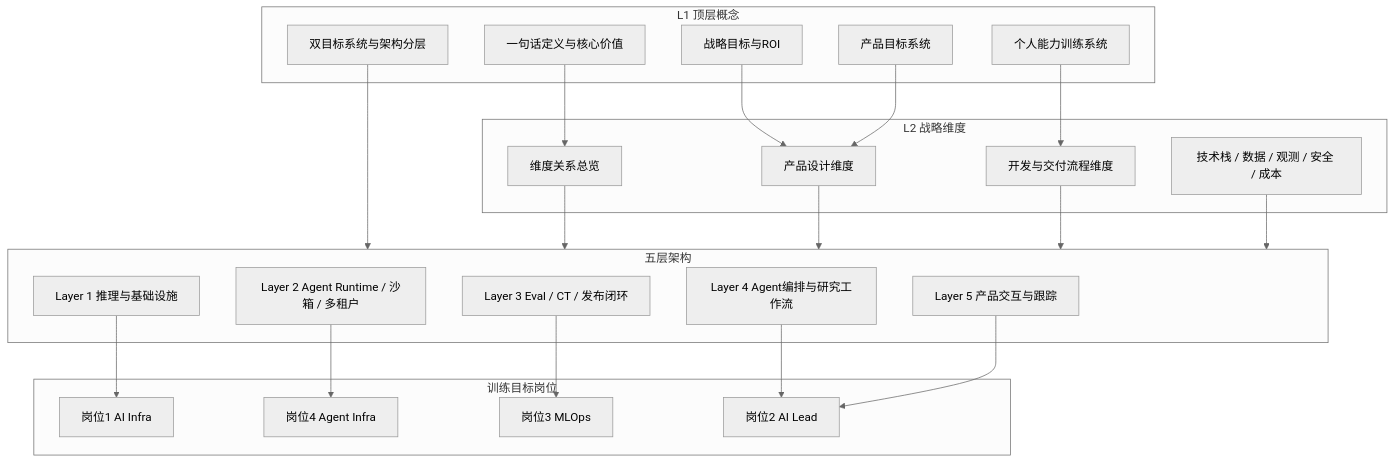
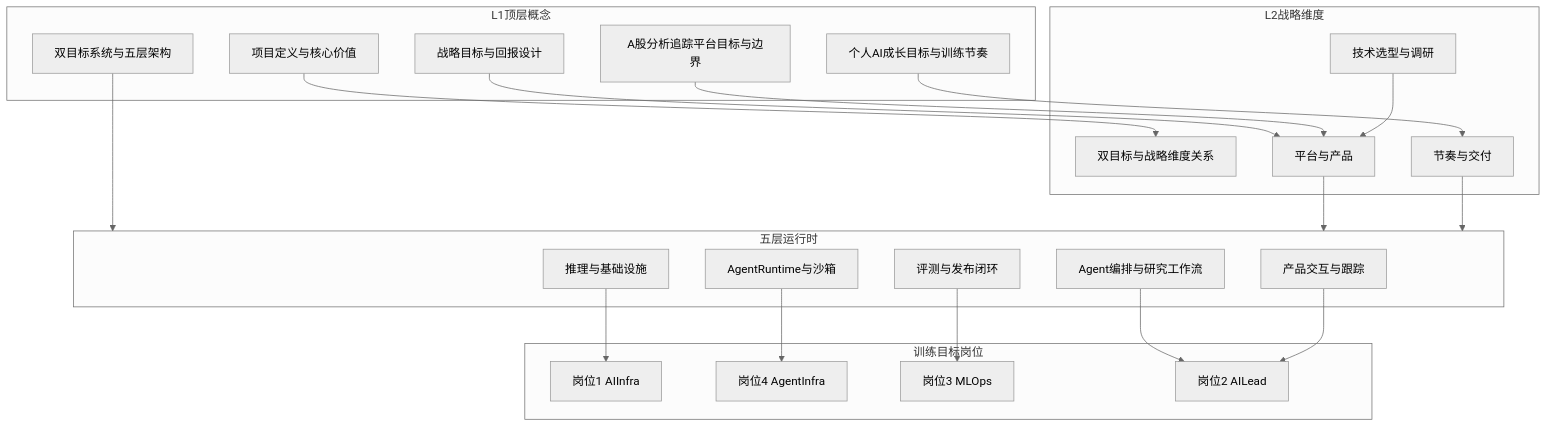
One commit to myxxhui/diting-doc changed the diagram in 00_架构全景图.md. Above: the diagram before and after it, drawn with Mermaid (neutral theme). The commit also changed other lines of this file and 217 other files, not shown here.

````diff
--- a/00_架构全景图.md
+++ b/00_架构全景图.md
@@ -19,49 +17,48 @@
 ```mermaid
 flowchart TB
-  subgraph L1[L1 顶层概念]
-    L1A[一句话定义与核心价值]
-    L1B[战略目标与ROI]
-    L1C[双目标系统与架构分层]
-    L1D[产品目标系统]
-    L1E[个人能力训练系统]
+  subgraph l1 [L1顶层概念]
+    l1a[项目定义与核心价值]
+    l1b[战略目标与回报设计]
+    l1c[双目标系统与五层架构]
+    l1d[A股分析追踪平台目标与边界]
+    l1e[个人AI成长目标与训练节奏]
   end
 
-  subgraph L2[L2 战略维度]
-    L2A[维度关系总览]
-    L2B[产品设计维度]
-    L2C[开发与交付流程维度]
-    L2D[技术栈 / 数据 / 观测 / 安全 / 成本]
+  subgraph l2 [L2战略维度]
+    l2a[双目标与战略维度关系]
+    l2b[平台与产品]
+    l2c[节奏与交付]
+    l2d[技术选型与调研]
   end
 
-  subgraph Runtime[五层架构]
-    R5[Layer 5 产品交互与跟踪]
-    R4[Layer 4 Agent编排与研究工作流]
-    R3[Layer 3 Eval / CT / 发布闭环]
-    R2[Layer 2 Agent Runtime / 沙箱 / 多租户]
-    R1[Layer 1 推理与基础设施]
+  subgraph runtime [五层运行时]
+    r5[产品交互与跟踪]
+    r4[Agent编排与研究工作流]
+    r3[评测与发布闭环]
+    r2[AgentRuntime与沙箱]
+    r1[推理与基础设施]
   end
 
-  subgraph Jobs[训练目标岗位]
-    J1[岗位1 AI Infra]
-    J2[岗位4 Agent Infra]
-    J3[岗位3 MLOps]
-    J4[岗位2 AI Lead]
+  subgraph jobs [训练目标岗位]
+    j1[岗位1 AIInfra]
+    j2[岗位4 AgentInfra]
+    j3[岗位3 MLOps]
+    j4[岗位2 AILead]
   end
 
-  L1A --> L2A
-  L1B --> L2B
-  L1C --> Runtime
-  L1D --> L2B
-  L1E --> L2C
+  l1a --> l2a
+  l1b --> l2b
+  l1c --> runtime
+  l1d --> l2b
+  l1e --> l2c
 
-  L2A --> Runtime
-  L2B --> Runtime
-  L2C --> Runtime
-  L2D --> Runtime
+  l2b --> runtime
+  l2c --> runtime
+  l2d --> l2b
 
-  R1 --> J1
-  R2 --> J2
-  R3 --> J3
-  R4 --> J4
-  R5 --> J4
+  r1 --> j1
+  r2 --> j2
+  r3 --> j3
+  r4 --> j4
+  r5 --> j4
 ```
````
